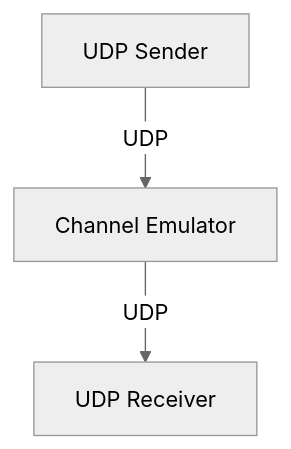
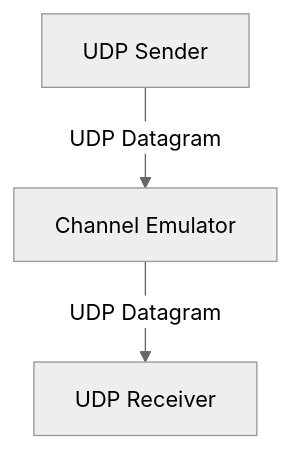
One commit to Siddharth-Nath-06/Reliable-UDP changed the sixth of 8 diagrams in docs/architecture.md. Above: the diagram before and after it, drawn with Mermaid (neutral theme). The commit also changed other lines of this file, not shown here.

````diff
--- a/docs/architecture.md
+++ b/docs/architecture.md
@@ -231,10 +286,10 @@
 ```mermaid
 flowchart TD
 
     A[UDP Sender]
     B[Channel Emulator]
     C[UDP Receiver]
 
-    A -->|UDP| B
-    B -->|UDP| C
+    A -->|UDP Datagram| B
+    B -->|UDP Datagram| C
 ```
````
